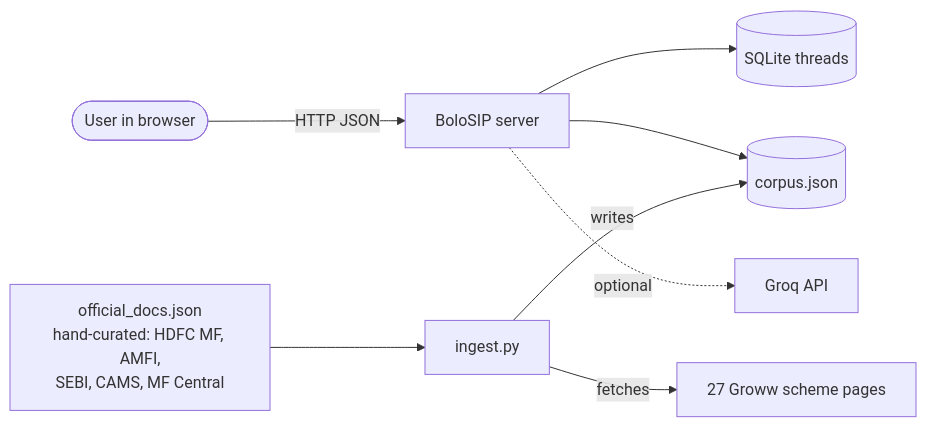
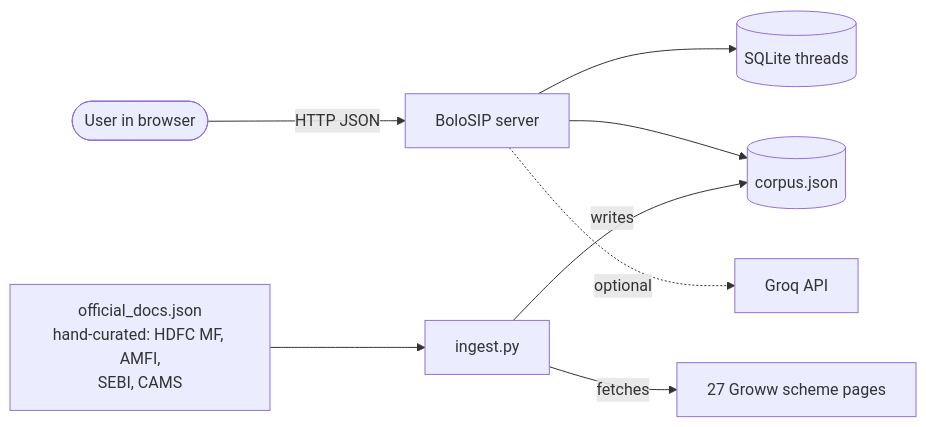
The first of 5 diagrams in Doc/architecture.md (fxdarshan/02-BoloSIP), drawn with Mermaid before and after one commit. The commit also changed 12 other files, not shown here.

````diff
--- a/Doc/architecture.md
+++ b/Doc/architecture.md
@@ -25,10 +25,10 @@
 ```mermaid
 flowchart LR
     U([User in browser]) -->|HTTP JSON| S[BoloSIP server]
     S --> DB[(SQLite threads)]
     S --> C[(corpus.json)]
     S -.optional.-> L[Groq API]
     I[ingest.py] -->|writes| C
     I -->|fetches| G[27 Groww scheme pages]
-    O[official_docs.json<br/>hand-curated: HDFC MF, AMFI,<br/>SEBI, CAMS, MF Central] --> I
+    O[official_docs.json<br/>hand-curated: HDFC MF, AMFI,<br/>SEBI, CAMS] --> I
 ```
````
